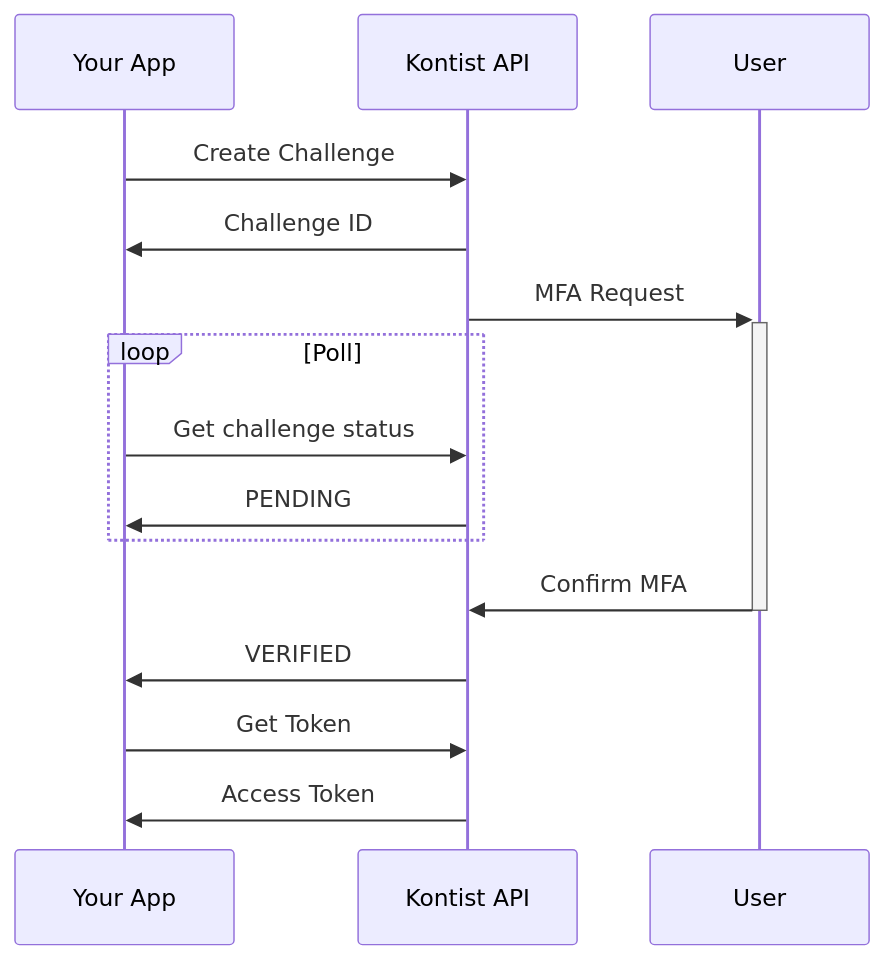
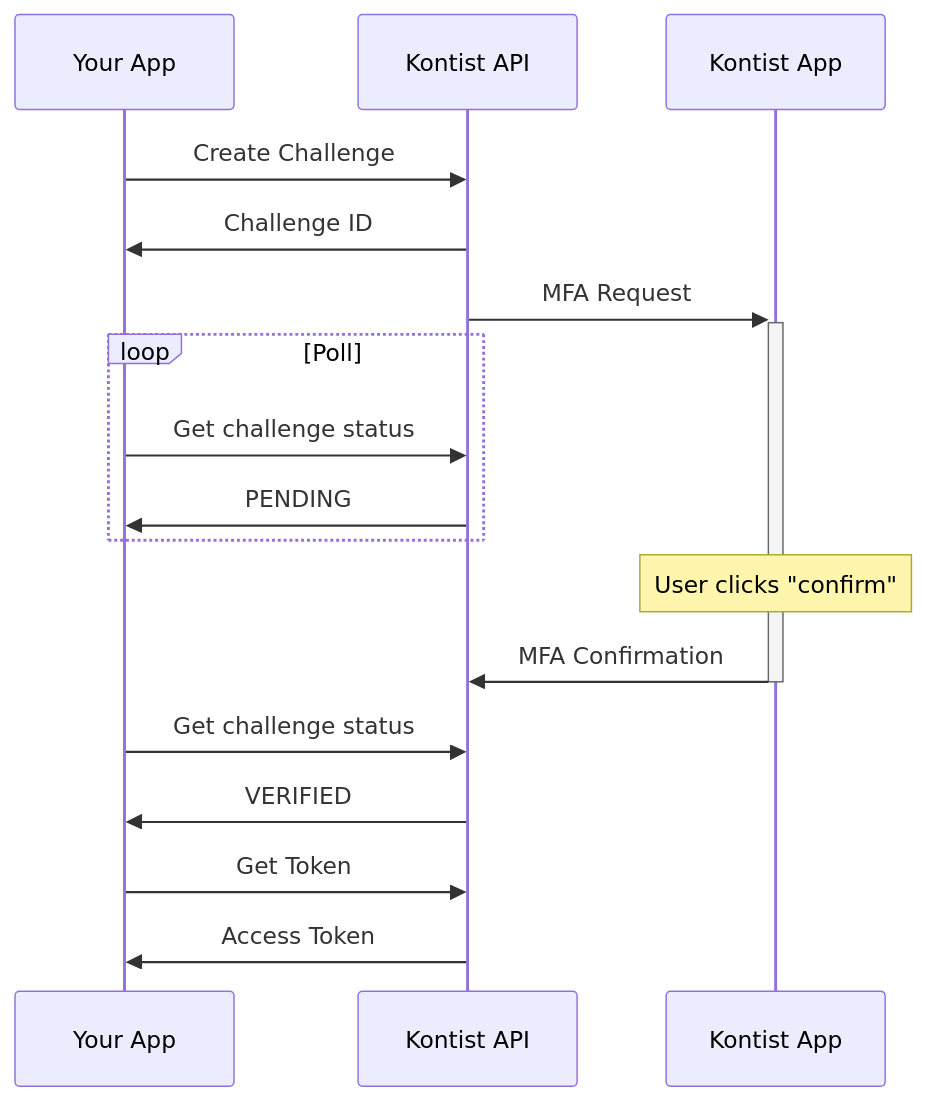
One commit to kontist/kontist.github.io changed the third of 4 diagrams in docs.markdown. Above: the diagram before and after it, drawn with Mermaid.

Commit message:
Clarify who is user and who is app

```diff
--- a/docs.markdown
+++ b/docs.markdown
@@ -265,21 +265,25 @@
 <div class="mermaid">
 sequenceDiagram
     participant Your App
     participant Kontist API
-    participant User
+    participant Kontist App
     
     Your App->>Kontist API: Create Challenge
     Kontist API->>Your App: Challenge ID
-    Kontist API->>+User: MFA Request
+    Kontist API->>+Kontist App: MFA Request
 
     loop Poll
       Your App->>Kontist API: Get challenge status
       Kontist API->>Your App: PENDING
     end
 
-    User->>-Kontist API: Confirm MFA
+    Note over Kontist App: User clicks "confirm"
+
+    Kontist App->>-Kontist API: MFA Confirmation
+
+    Your App->>Kontist API: Get challenge status
     Kontist API->>Your App: VERIFIED
 
     Your App->>Kontist API: Get Token
     Kontist API->>Your App: Access Token
 </div>
```
